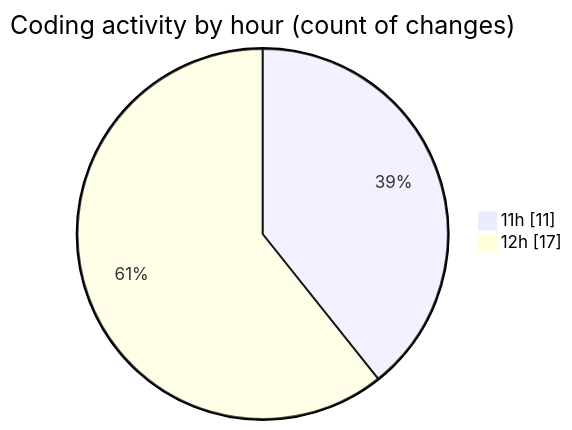
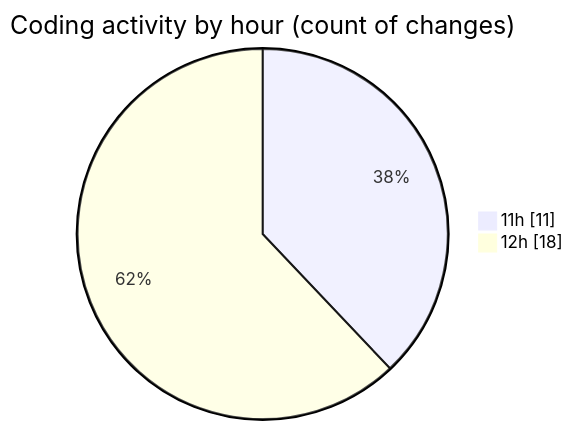
Before and after one commit to nxtqubesakshisongat/code-tracking: the second of 2 diagrams in 2025-10-14/nxtqube_webapp/README.md, drawn with Mermaid. The commit also changed other lines of this file and 1 other file, not shown here.

````diff
--- a/2025-10-14/nxtqube_webapp/README.md
+++ b/2025-10-14/nxtqube_webapp/README.md
@@ -29,6 +29,6 @@
 ```mermaid
 pie showData
 title Coding activity by hour (count of changes)
 "11h" : 11
-"12h" : 17
+"12h" : 18
 ```
````
